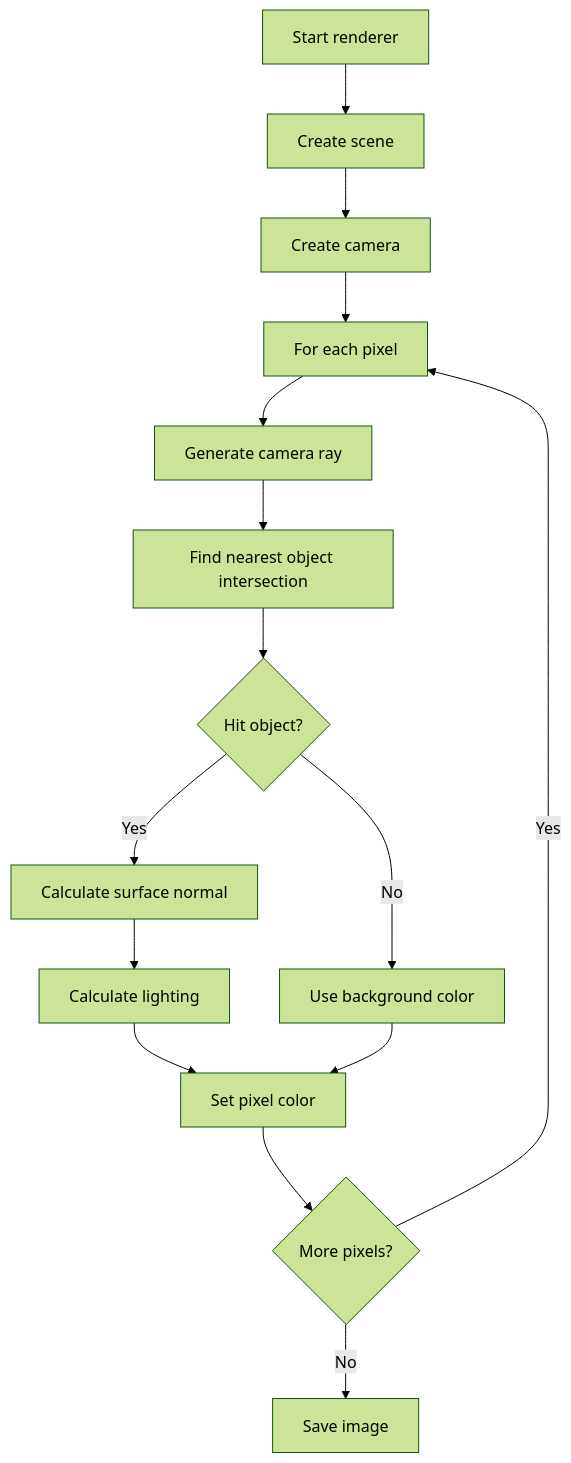
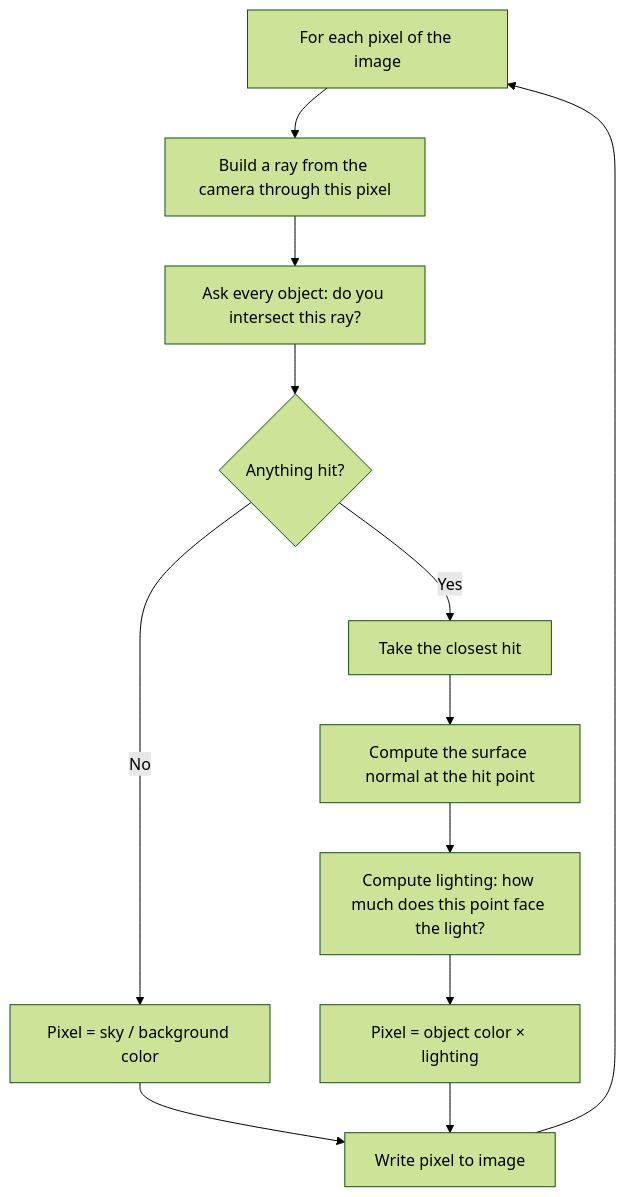
Before and after one commit to rmalkevy/Programming-Practice-Projects: the diagram in labs/lab-03-ray-tracer.md, drawn with Mermaid (forest theme). The commit also changed other lines of this file, not shown here.

Commit message:
update ray tracer

````diff
--- a/labs/lab-03-ray-tracer.md
+++ b/labs/lab-03-ray-tracer.md
@@ -30,17 +54,14 @@
 ```mermaid
 flowchart TD
-    A[Start renderer] --> B[Create scene]
-    B --> C[Create camera]
-    C --> D[For each pixel]
-    D --> E[Generate camera ray]
-    E --> F[Find nearest object intersection]
-    F --> G{Hit object?}
-    G -- No --> H[Use background color]
-    G -- Yes --> I[Calculate surface normal]
-    I --> J[Calculate lighting]
-    J --> K[Set pixel color]
-    H --> K
-    K --> L{More pixels?}
-    L -- Yes --> D
-    L -- No --> M[Save image]
+    A[For each pixel of the image] --> B[Build a ray from the camera through this pixel]
+    B --> C[Ask every object: do you intersect this ray?]
+    C --> D{Anything hit?}
+    D -- No --> E[Pixel = sky / background color]
+    D -- Yes --> F[Take the closest hit]
+    F --> G[Compute the surface normal at the hit point]
+    G --> H[Compute lighting: how much does this point face the light?]
+    H --> I[Pixel = object color × lighting]
+    E --> J[Write pixel to image]
+    I --> J
+    J --> A
 ```
````
